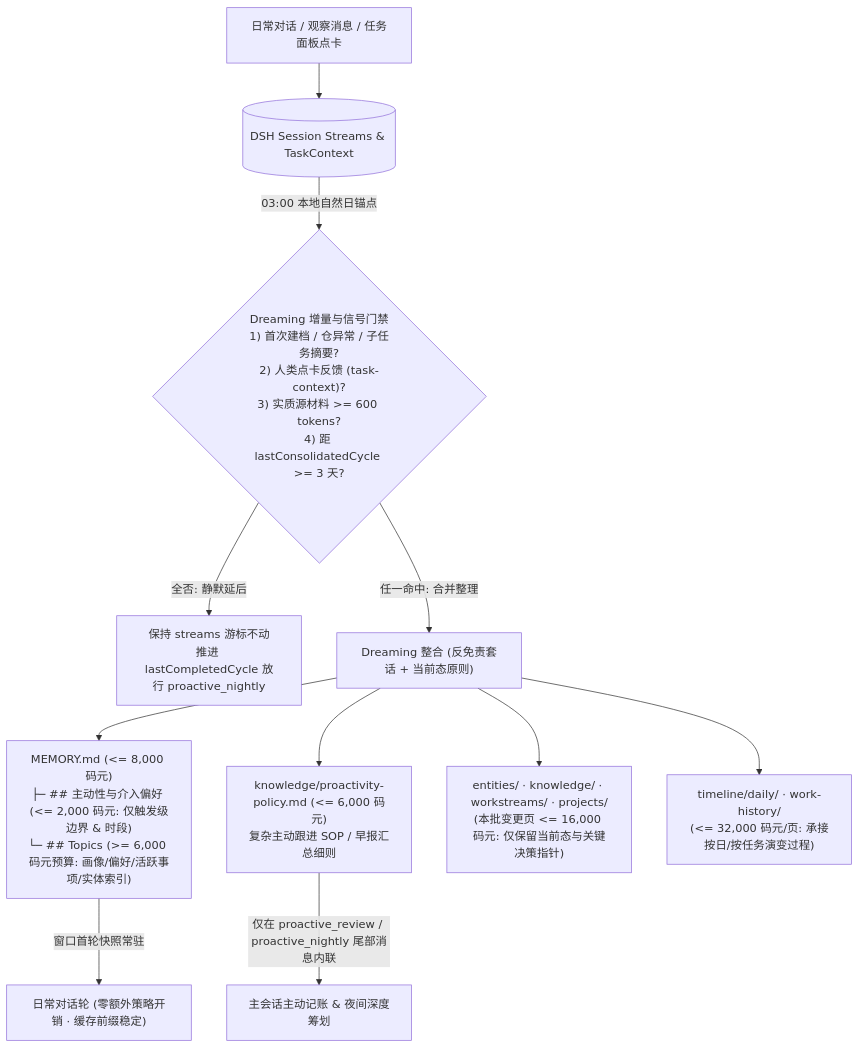
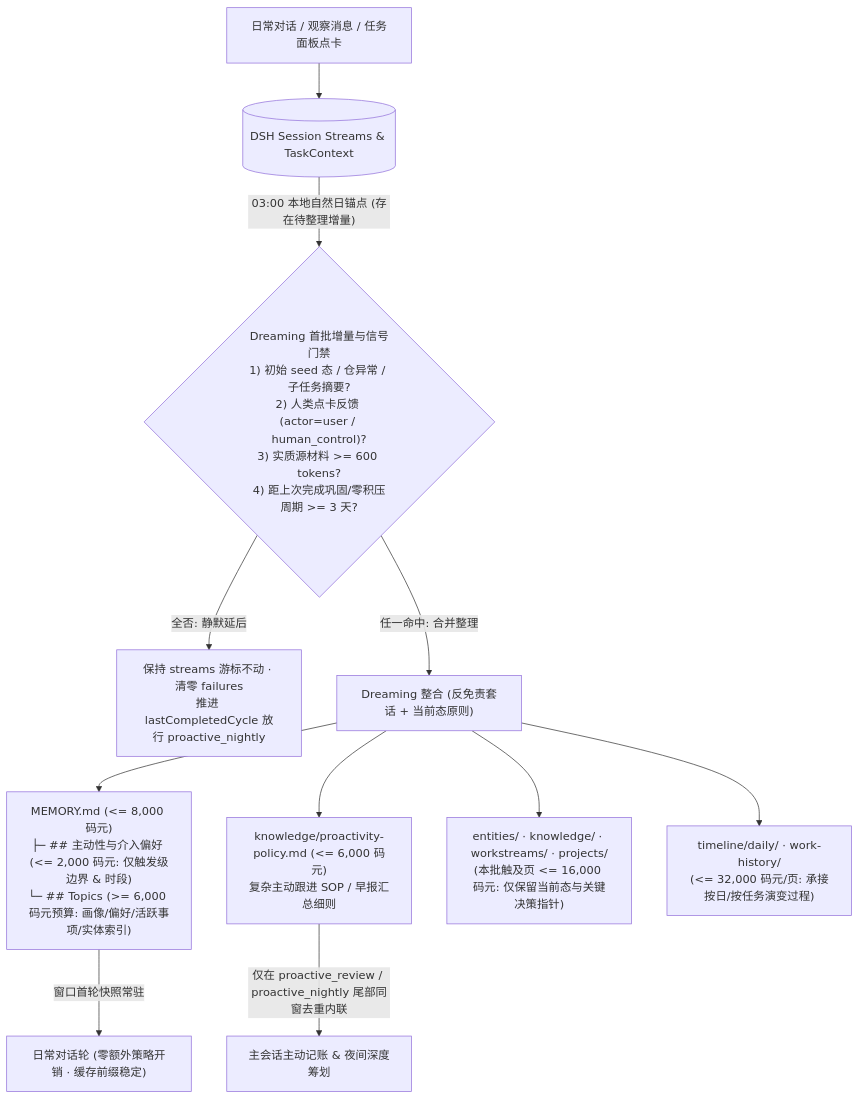
Before and after one commit to Mrchen116/nano-multiagent: the diagram in docs/changes/feat-822-memory-capacity-and-gating/design.md, drawn with Mermaid. The commit also changed other lines of this file and 5 other files, not shown here.

Commit message:
docs(feat-822): resolve Gate 2 R1 findings on window dedup, dreaming gate, and evals

````diff
--- a/docs/changes/feat-822-memory-capacity-and-gating/design.md
+++ b/docs/changes/feat-822-memory-capacity-and-gating/design.md
@@ -51,13 +51,13 @@
 ```mermaid
 flowchart TD
   Turn["日常对话 / 观察消息 / 任务面板点卡"] --> Stream[("DSH Session Streams & TaskContext")]
-  Stream -->|"03:00 本地自然日锚点"| Gate{"Dreaming 增量与信号门禁<br/>1) 首次建档 / 仓异常 / 子任务摘要?<br/>2) 人类点卡反馈 (task-context)?<br/>3) 实质源材料 >= 600 tokens?<br/>4) 距 lastConsolidatedCycle >= 3 天?"}
-  Gate -->|"全否: 静默延后"| Defer["保持 streams 游标不动<br/>推进 lastCompletedCycle 放行 proactive_nightly"]
+  Stream -->|"03:00 本地自然日锚点 (存在待整理增量)"| Gate{"Dreaming 首批增量与信号门禁<br/>1) 初始 seed 态 / 仓异常 / 子任务摘要?<br/>2) 人类点卡反馈 (actor=user / human_control)?<br/>3) 实质源材料 >= 600 tokens?<br/>4) 距上次完成巩固/零积压周期 >= 3 天?"}
+  Gate -->|"全否: 静默延后"| Defer["保持 streams 游标不动 · 清零 failures<br/>推进 lastCompletedCycle 放行 proactive_nightly"]
   Gate -->|"任一命中: 合并整理"| Consolidate["Dreaming 整合 (反免责套话 + 当前态原则)"]
   Consolidate --> Entry["MEMORY.md (<= 8,000 码元)<br/>├─ ## 主动性与介入偏好 (<= 2,000 码元: 仅触发级边界 & 时段)<br/>└─ ## Topics (>= 6,000 码元预算: 画像/偏好/活跃事项/实体索引)"]
   Consolidate --> Policy["knowledge/proactivity-policy.md (<= 6,000 码元)<br/>复杂主动跟进 SOP / 早报汇总细则"]
-  Consolidate --> Topics["entities/ · knowledge/ · workstreams/ · projects/<br/>(本批变更页 <= 16,000 码元: 仅保留当前态与关键决策指针)"]
+  Consolidate --> Topics["entities/ · knowledge/ · workstreams/ · projects/<br/>(本批触及页 <= 16,000 码元: 仅保留当前态与关键决策指针)"]
   Consolidate --> History["timeline/daily/ · work-history/<br/>(<= 32,000 码元/页: 承接按日/按任务演变过程)"]
   Entry -->|"窗口首轮快照常驻"| NormalTurn["日常对话轮 (零额外策略开销 · 缓存前缀稳定)"]
-  Policy -->|"仅在 proactive_review / proactive_nightly 尾部消息内联"| ProactiveWake["主会话主动记账 & 夜间深度筹划"]
+  Policy -->|"仅在 proactive_review / proactive_nightly 尾部同窗去重内联"| ProactiveWake["主会话主动记账 & 夜间深度筹划"]
 ```
````
